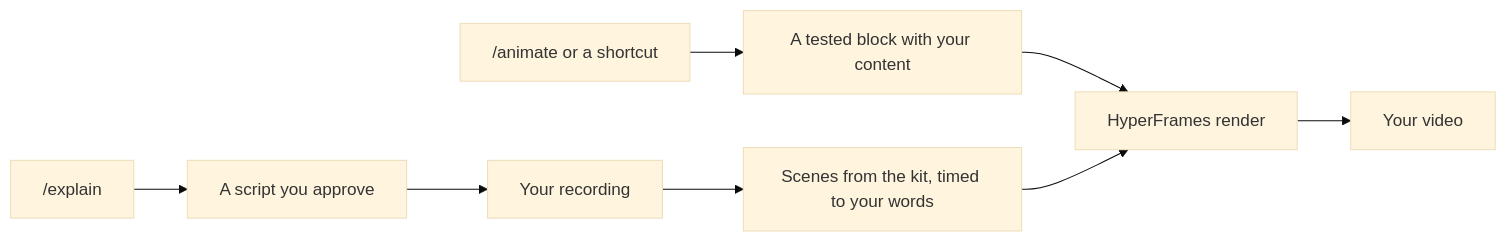
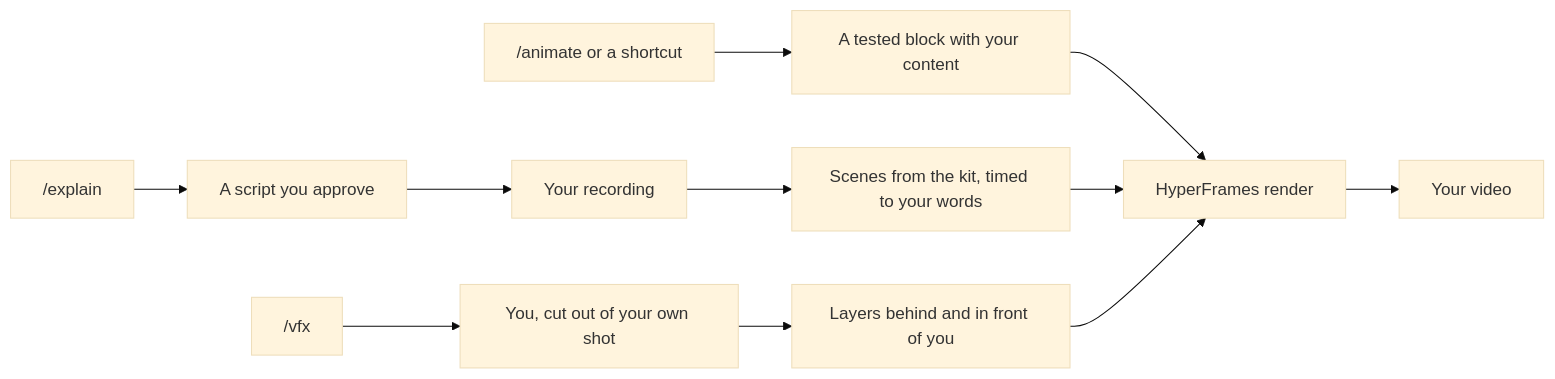
The diagram in README.md (ctskool/chase-animations), drawn with Mermaid (base theme) before and after one commit. The commit also changed other lines of this file and 74 other files, not shown here.

First line of the commit message:
Add /vfx: effects on your own talking-head shot

````diff
--- a/README.md
+++ b/README.md
@@ -408,10 +480,13 @@
 ```mermaid
 flowchart LR
   animate["/animate or a shortcut"] --> block["A tested block with your content"]
   block --> render["HyperFrames render"]
   explain["/explain"] --> script["A script you approve"]
   script --> voice["Your recording"]
   voice --> scenes["Scenes from the kit, timed to your words"]
   scenes --> render
+  vfx["/vfx"] --> cut["You, cut out of your own shot"]
+  cut --> layers["Layers behind and in front of you"]
+  layers --> render
   render --> video["Your video"]
 ```
````
